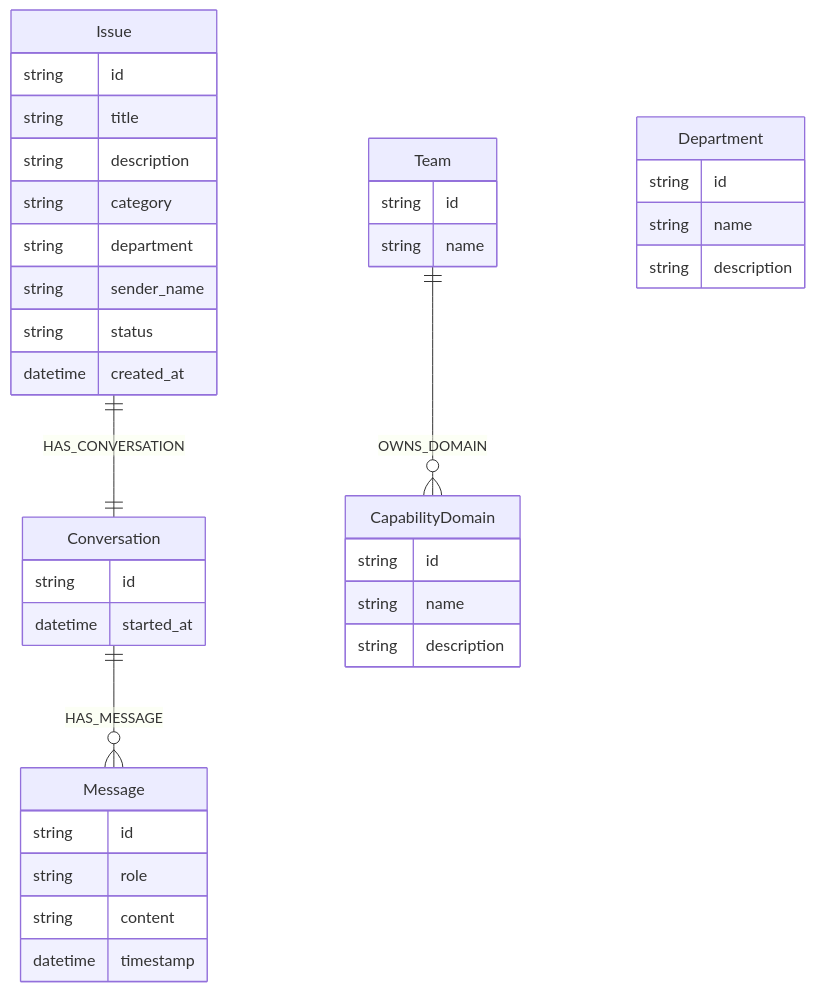
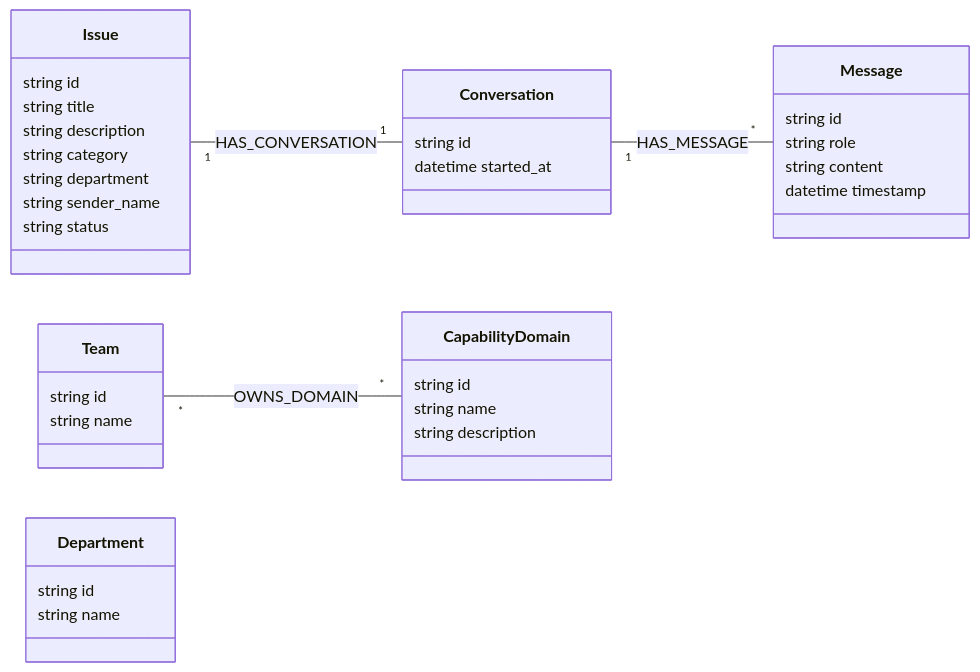
The second of 2 diagrams in README.md (R-Liebert/ai-agent-hackathon), drawn with Mermaid before and after one commit. The commit also changed other lines of this file, not shown here.

````diff
--- a/README.md
+++ b/README.md
@@ -55,46 +55,40 @@
 ```mermaid
-erDiagram
-    Conversation ||--o{ Message : HAS_MESSAGE
-    Issue ||--|| Conversation : HAS_CONVERSATION
-    Team ||--o{ CapabilityDomain : OWNS_DOMAIN
-    
-    Conversation {
+classDiagram
+    direction LR
+    class Conversation {
         string id
         datetime started_at
     }
-    
-    Message {
+    class Message {
         string id
         string role
         string content
         datetime timestamp
     }
-    
-    Issue {
+    class Issue {
         string id
         string title
         string description
         string category
         string department
         string sender_name
         string status
-        datetime created_at
     }
-    
-    CapabilityDomain {
+    class CapabilityDomain {
         string id
         string name
         string description
     }
-    
-    Team {
+    class Team {
         string id
         string name
     }
-    
-    Department {
+    class Department {
         string id
         string name
-        string description
     }
+
+    Conversation "1" -- "*" Message : HAS_MESSAGE
+    Issue "1" -- "1" Conversation : HAS_CONVERSATION
+    Team "*" -- "*" CapabilityDomain : OWNS_DOMAIN
 ```
````
